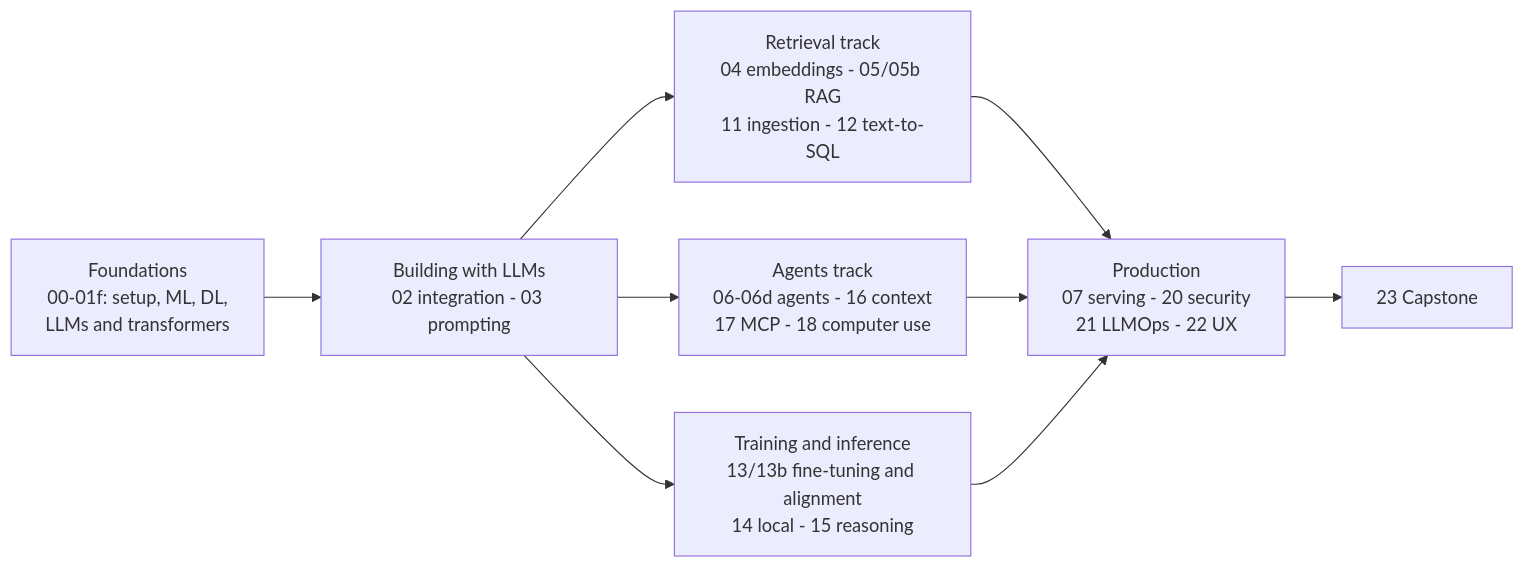
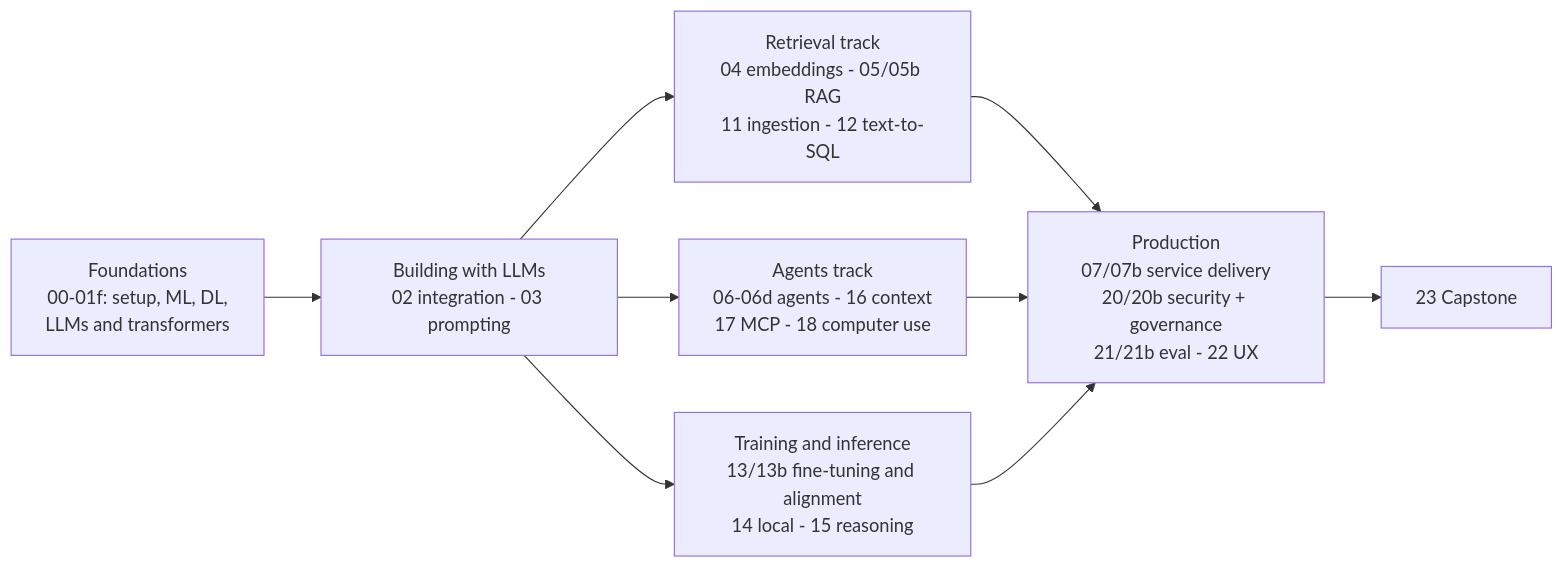
Before and after one commit to starkyru/learn-ai: the diagram in README.md, drawn with Mermaid. The commit also changed other lines of this file and 8 other files, not shown here.

````diff
--- a/README.md
+++ b/README.md
@@ -26,11 +31,11 @@
 ```mermaid
 flowchart LR
     F[Foundations<br>00-01f: setup, ML, DL,<br>LLMs and transformers] --> B[Building with LLMs<br>02 integration - 03 prompting]
     B --> R[Retrieval track<br>04 embeddings - 05/05b RAG<br>11 ingestion - 12 text-to-SQL]
     B --> A[Agents track<br>06-06d agents - 16 context<br>17 MCP - 18 computer use]
     B --> T[Training and inference<br>13/13b fine-tuning and alignment<br>14 local - 15 reasoning]
-    R --> P[Production<br>07 serving - 20 security<br>21 LLMOps - 22 UX]
+    R --> P[Production<br>07/07b service delivery<br>20/20b security + governance<br>21/21b eval - 22 UX]
     A --> P
     T --> P
     P --> C[23 Capstone]
 ```
````
